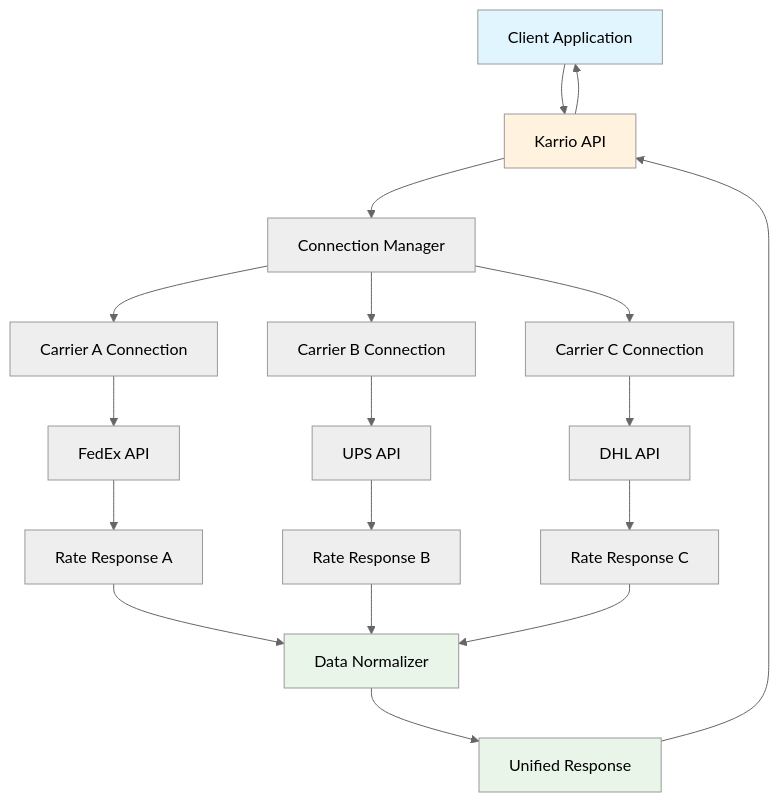
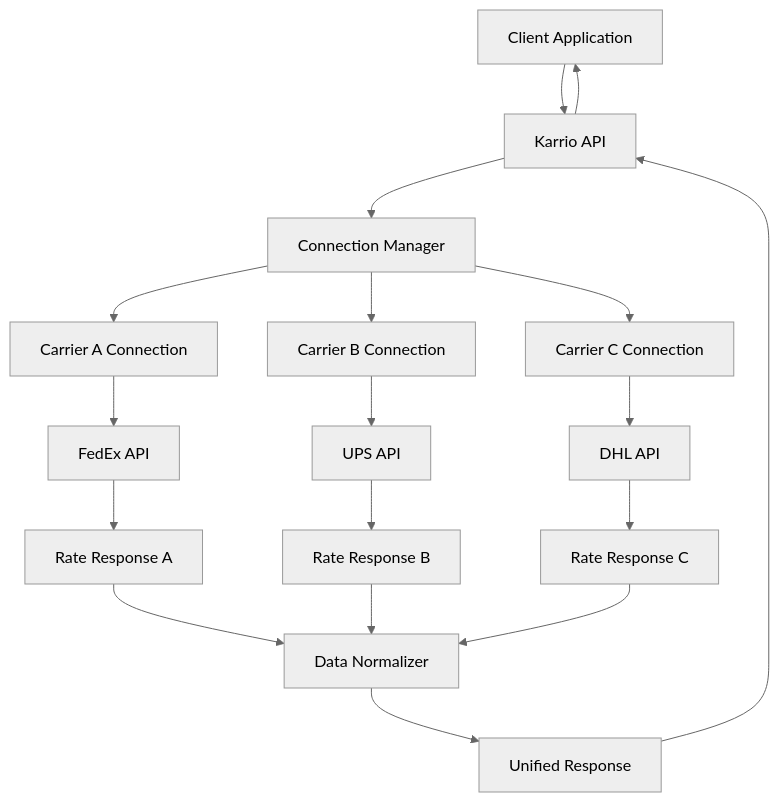
One commit to karrioapi/karrio changed the diagram in apps/web/src/app/docs/products/carrier-connections/page.mdx. Above: the diagram before and after it, drawn with Mermaid (neutral theme). The commit also changed 34 other files, not shown here.

````diff
--- a/apps/web/src/app/docs/products/carrier-connections/page.mdx
+++ b/apps/web/src/app/docs/products/carrier-connections/page.mdx
@@ -53,30 +53,27 @@
 ```mermaid
 flowchart TD
     A[Client Application] --> B[Karrio API]
     B --> C[Connection Manager]
 
     C --> D[Carrier A Connection]
     C --> E[Carrier B Connection]
     C --> F[Carrier C Connection]
 
     D --> G[FedEx API]
     E --> H[UPS API]
     F --> I[DHL API]
 
     G --> J[Rate Response A]
     H --> K[Rate Response B]
     I --> L[Rate Response C]
 
     J --> M[Data Normalizer]
     K --> M
     L --> M
 
     M --> N[Unified Response]
     N --> B
     B --> A
 
-    style A fill:#e1f5fe
-    style B fill:#fff3e0
-    style M fill:#e8f5e8
-    style N fill:#e8f5e8
+    
 ```
````
